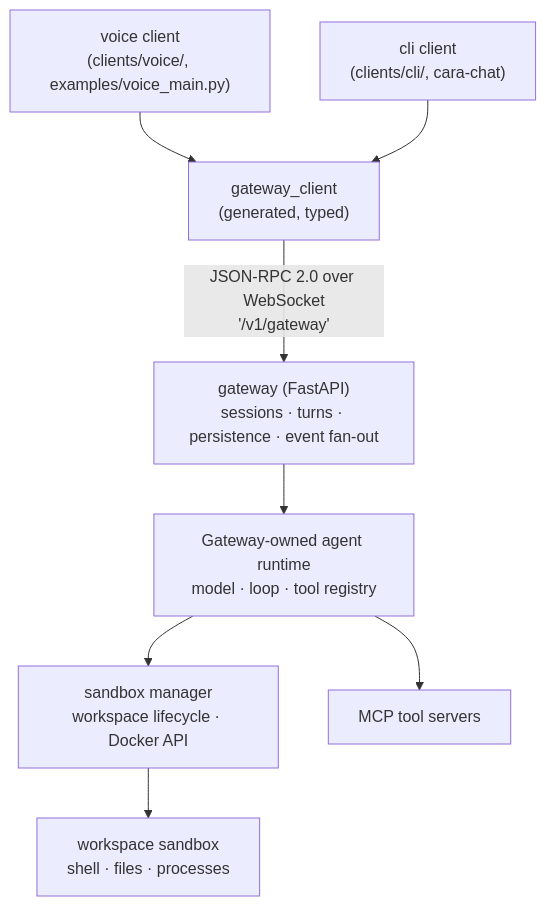
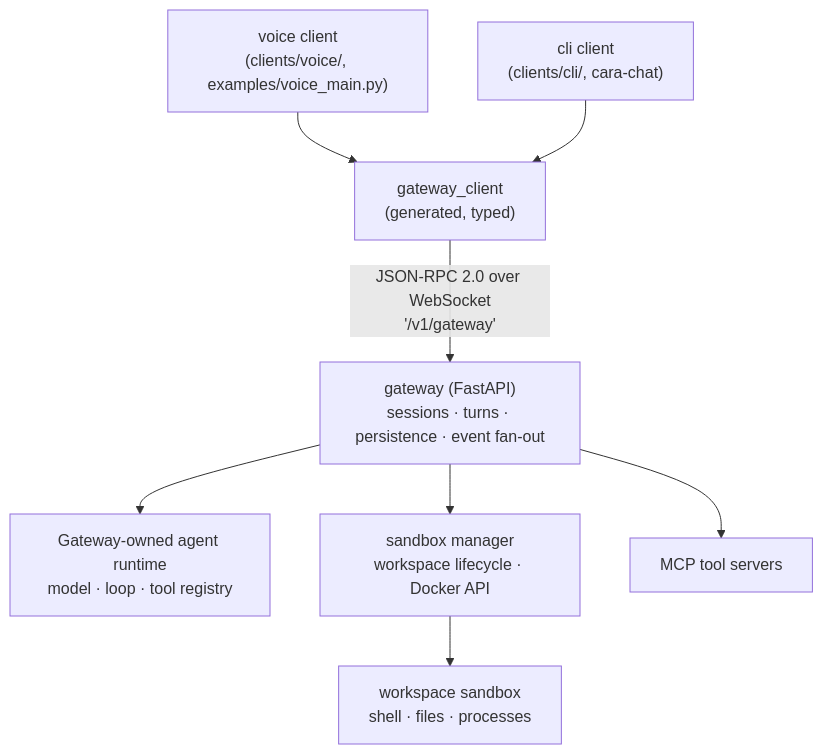
Before and after one commit to mathisarends/cara: the first of 2 diagrams in README.md, drawn with Mermaid. The commit also changed other lines of this file and 2 other files, not shown here.

Commit message:
docs: clarify gateway-owned agent execution

````diff
--- a/README.md
+++ b/README.md
@@ -33,19 +33,19 @@
 ```mermaid
 flowchart TD
     Voice["voice client<br/>(clients/voice/, examples/voice_main.py)"]
     Cli["cli client<br/>(clients/cli/, cara-chat)"]
     Client["gateway_client<br/>(generated, typed)"]
     Gateway["gateway (FastAPI)<br/>sessions · turns · persistence · event fan-out"]
     Agent["Gateway-owned agent runtime<br/>model · loop · tool registry"]
     Manager["sandbox manager<br/>workspace lifecycle · Docker API"]
     Sandbox["workspace sandbox<br/>shell · files · processes"]
     MCP["MCP tool servers"]
 
     Voice --> Client
     Cli --> Client
     Client -- "JSON-RPC 2.0 over WebSocket<br/>'/v1/gateway'" --> Gateway
     Gateway --> Agent
-    Agent --> Manager
+    Gateway --> Manager
     Manager --> Sandbox
-    Agent --> MCP
+    Gateway --> MCP
 ```
````
